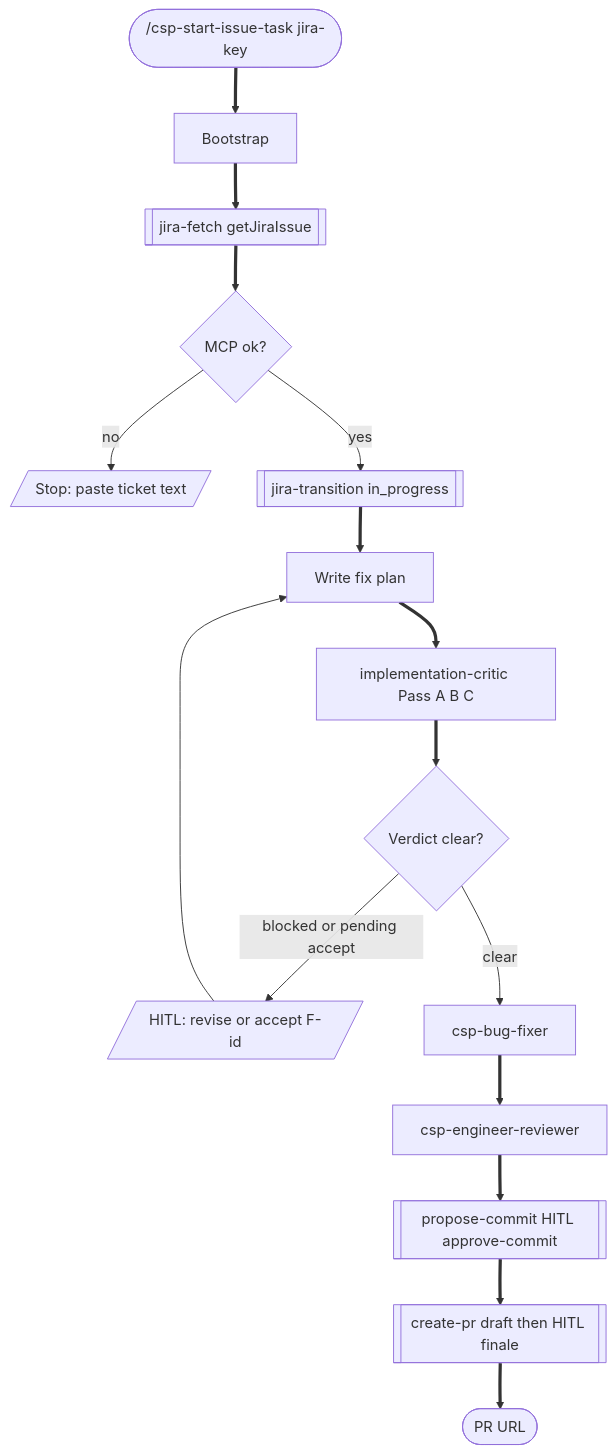
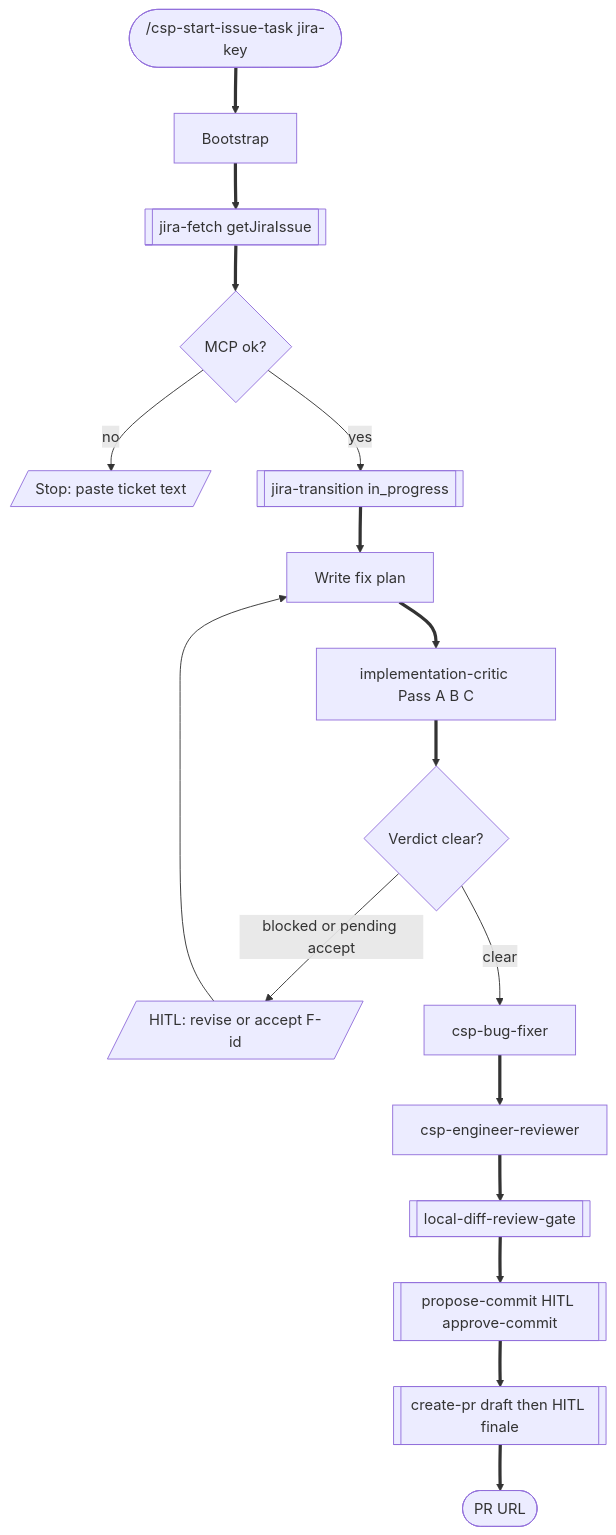
Before and after one commit to a-trembak/cursor-spells: diagram 13 of 14 in docs/superpowers/pipeline-flow.md, drawn with Mermaid. The commit also changed other lines of this file and 14 other files, not shown here.

First line of the commit message:
feat(engineer-review): add local-diff-review-gate before propose-commit

````diff
--- a/docs/superpowers/pipeline-flow.md
+++ b/docs/superpowers/pipeline-flow.md
@@ -590,25 +606,26 @@
 ```mermaid
 flowchart TD
   startIssue(["/csp-start-issue-task jira-key"])
   boot["Bootstrap"]
   jira[["jira-fetch getJiraIssue"]]
   jiraFail{MCP ok?}
   stopJira[/"Stop: paste ticket text"/]
   inProgress[["jira-transition in_progress"]]
   planFix["Write fix plan"]
   critic["implementation-critic Pass A B C"]
   verdict{Verdict clear?}
   hitlCrit[/"HITL: revise or accept F-id"/]
   fixer["csp-bug-fixer"]
   review["csp-engineer-reviewer"]
+  localDiff[["local-diff-review-gate"]]
   commitNode[["propose-commit HITL approve-commit"]]
   prNode[["create-pr draft then HITL finale"]]
   doneIssue(["PR URL"])
 
   startIssue ==> boot ==> jira ==> jiraFail
   jiraFail -->|"no"| stopJira
   jiraFail -->|"yes"| inProgress ==> planFix ==> critic ==> verdict
   verdict -->|"blocked or pending accept"| hitlCrit
   hitlCrit --> planFix
-  verdict -->|"clear"| fixer ==> review ==> commitNode ==> prNode ==> doneIssue
+  verdict -->|"clear"| fixer ==> review ==> localDiff ==> commitNode ==> prNode ==> doneIssue
 ```
````
